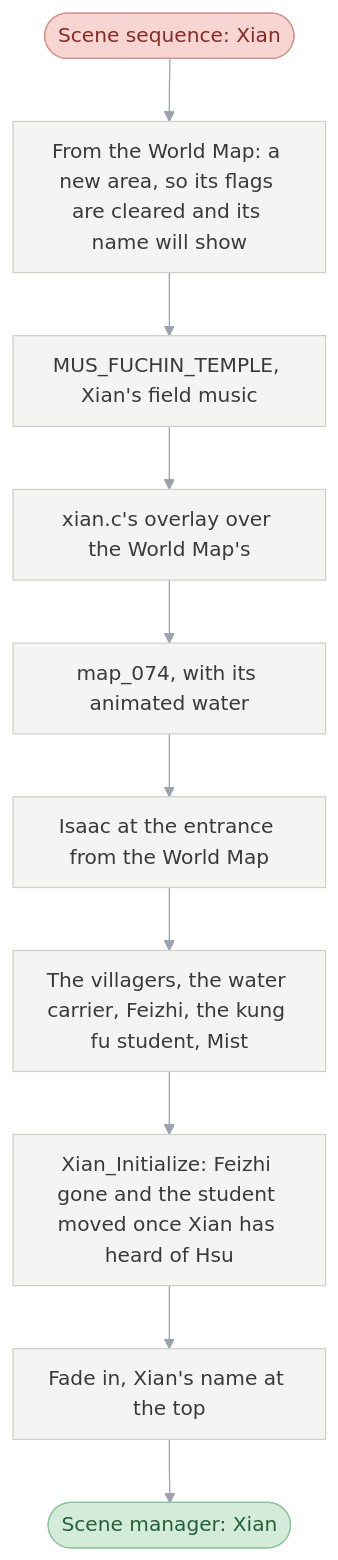
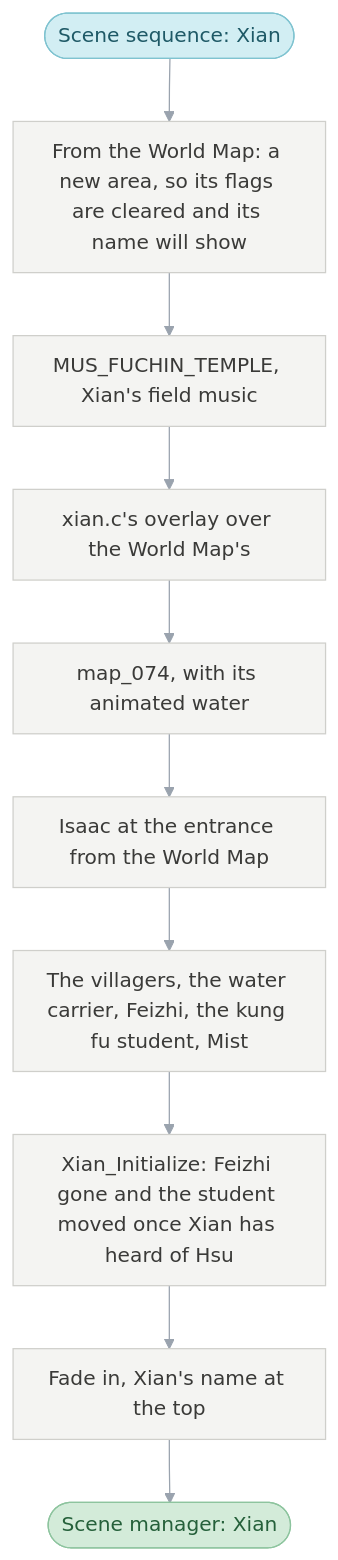
The fifth of 7 diagrams in games/tbs/README.md (PascalPixel/alchemy), drawn with Mermaid before and after one commit. The commit also changed other lines of this file, not shown here.

Commit message:
☀️ Front page: the scene sequence in cyan, battles in red

````diff
--- a/games/tbs/README.md
+++ b/games/tbs/README.md
@@ -128,18 +133,19 @@
 ```mermaid
 %%{init: {"theme": "base", "themeVariables": {"lineColor": "#9AA3AE", "edgeLabelBackground": "#FFFFFF"}, "flowchart": {"curve": "basis", "padding": 12}}}%%
 flowchart TD
   pick(["Scene sequence: Xian"]) --> arrive["From the World Map: a new area, so its flags are cleared and its name will show"]
   arrive --> music["MUS_FUCHIN_TEMPLE, Xian's field music"] --> code["xian.c's overlay over the World Map's"]
   code --> map["map_074, with its animated water"] --> place["Isaac at the entrance from the World Map"]
   place --> actors["The villagers, the water carrier, Feizhi, the kung fu student, Mist"]
   actors --> own["Xian_Initialize: Feizhi gone and the student moved once Xian has heard of Hsu"]
   own --> fade["Fade in, Xian's name at the top"] --> run(["Scene manager: Xian"])
   classDef sequenceManager fill:#DDE3EC,stroke:#8FA0B8,color:#2E3C50
-  classDef sceneSequence fill:#F6D5D2,stroke:#D9928B,color:#8A2A22
+  classDef sceneSequence fill:#D2EEF3,stroke:#7FC3D0,color:#1E5966
+  classDef battle fill:#F6D5D2,stroke:#D9928B,color:#8A2A22
   classDef sceneManager fill:#D3EBD9,stroke:#8DC49E,color:#25603A
   classDef request fill:#FBE7C6,stroke:#E0B46A,color:#7A5212
   classDef step fill:#F4F4F2,stroke:#CFCFCB,color:#3A3A38
   class pick sceneSequence
   class run sceneManager
   class arrive,music,code,map,place,actors,own,fade step
 ```
````
